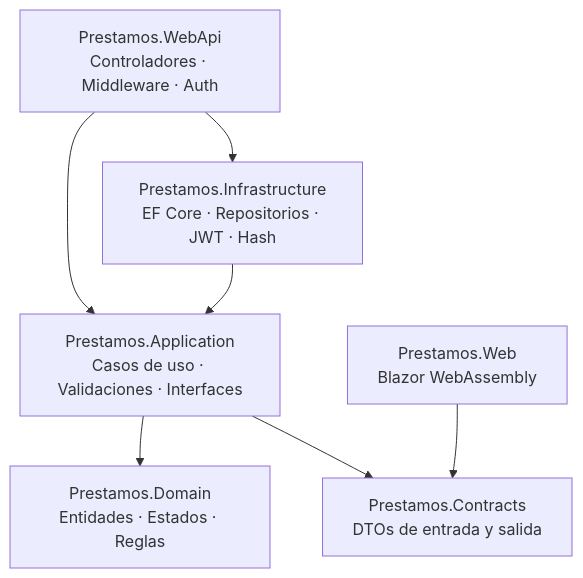
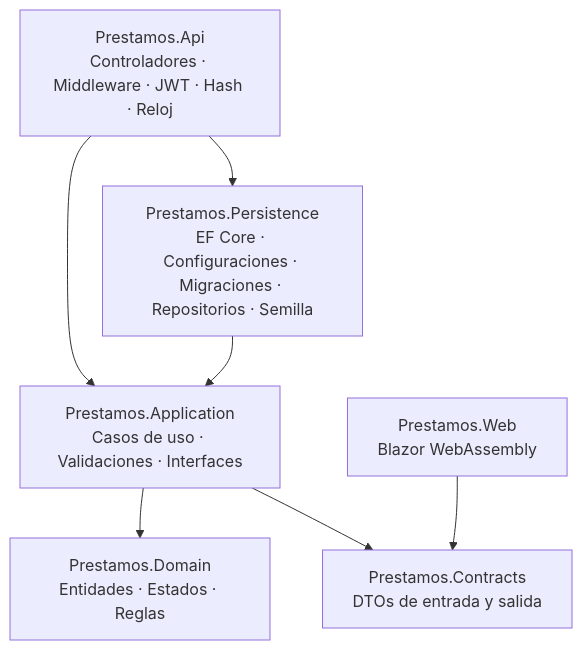
Before and after one commit to Samuel-Sanchez24/Prestamos-Equipos: the second of 7 diagrams in docs/diseno.md, drawn with Mermaid. The commit also changed other lines of this file and 24 other files, not shown here.

````diff
--- a/docs/diseno.md
+++ b/docs/diseno.md
@@ -32,16 +32,16 @@
 ```mermaid
 flowchart TB
-    API[Prestamos.WebApi<br/>Controladores · Middleware · Auth]
-    INF[Prestamos.Infrastructure<br/>EF Core · Repositorios · JWT · Hash]
+    API[Prestamos.Api<br/>Controladores · Middleware · JWT · Hash · Reloj]
+    PER[Prestamos.Persistence<br/>EF Core · Configuraciones · Migraciones · Repositorios · Semilla]
     APP[Prestamos.Application<br/>Casos de uso · Validaciones · Interfaces]
     DOM[Prestamos.Domain<br/>Entidades · Estados · Reglas]
     CON[Prestamos.Contracts<br/>DTOs de entrada y salida]
     WEB[Prestamos.Web<br/>Blazor WebAssembly]
 
     API --> APP
-    API --> INF
-    INF --> APP
+    API --> PER
+    PER --> APP
     APP --> DOM
     APP --> CON
     WEB --> CON
 ```
````
